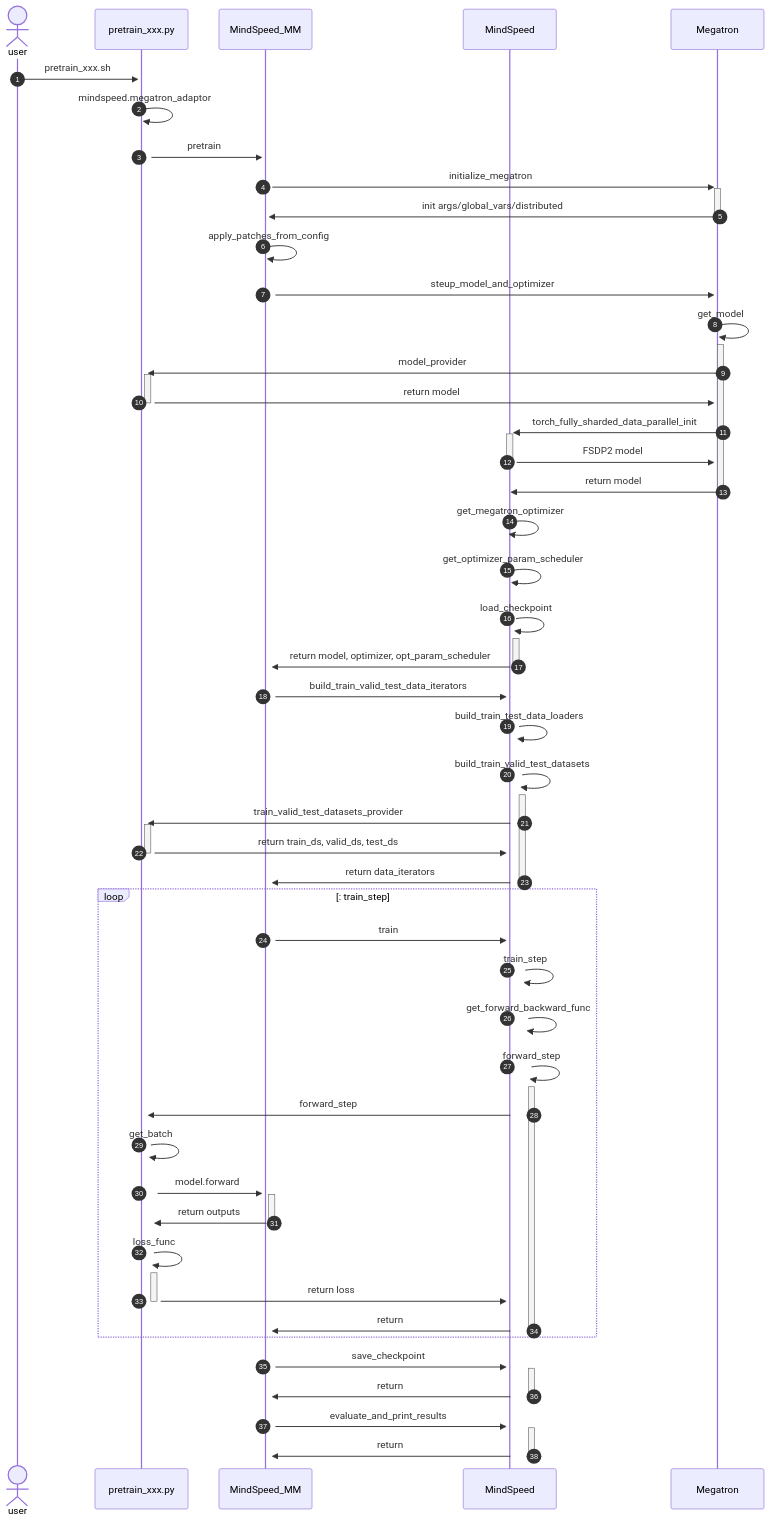
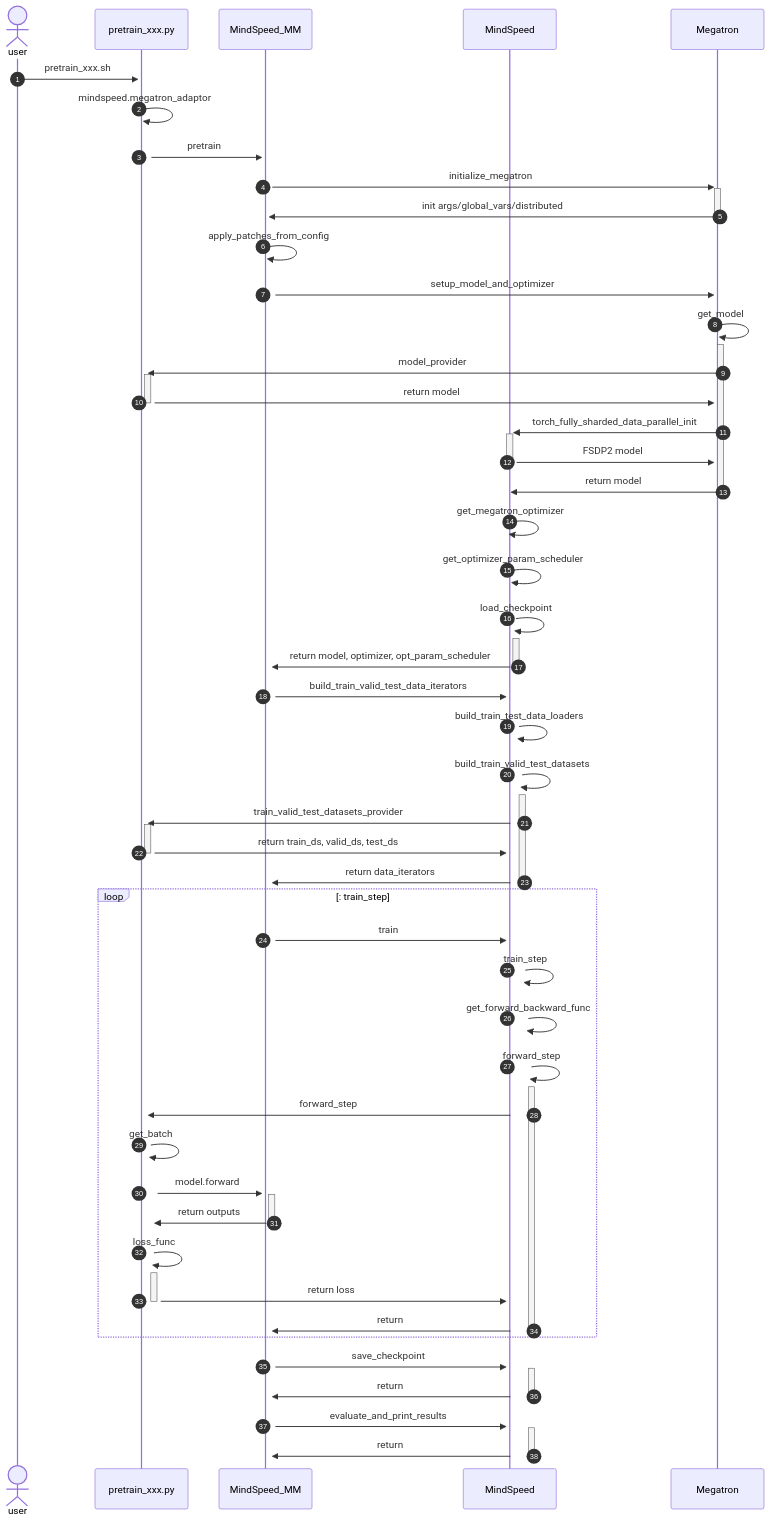
Before and after one commit to Ascend/MindSpeed-MM: the diagram in docs/zh/pytorch/introduction.md, drawn with Mermaid. The commit also changed 31 other files, not shown here.

````diff
--- a/docs/zh/pytorch/introduction.md
+++ b/docs/zh/pytorch/introduction.md
@@ -40,50 +40,50 @@
 ```mermaid
 sequenceDiagram
 actor user
 participant A as pretrain_xxx.py
 participant B as MindSpeed_MM
 participant C as MindSpeed
 participant D as Megatron
 
 autonumber
 user->>+A: pretrain_xxx.sh
 A->>+A: mindspeed.megatron_adaptor
 A->>+B: pretrain
 B->>+D: initialize_megatron
 D->>-B: init args/global_vars/distributed
 B->>+B: apply_patches_from_config
-B->>+D: steup_model_and_optimizer
+B->>+D: setup_model_and_optimizer
 D->>+D: get_model
 D->>+A: model_provider
 A->>-D: return model
 D->>+C: torch_fully_sharded_data_parallel_init
 C->>-D: FSDP2 model
 D->>-C: return model
 C->>+C: get_megatron_optimizer
 C->>+C: get_optimizer_param_scheduler
 C->>+C: load_checkpoint
 C->>-B: return model, optimizer, opt_param_scheduler
 B->>+C: build_train_valid_test_data_iterators
 C->>+C: build_train_test_data_loaders
 C->>+C: build_train_valid_test_datasets
 C->>+A: train_valid_test_datasets_provider
 A->>-C: return train_ds, valid_ds, test_ds
 C->>-B: return data_iterators
 loop: train_step
 B->>+C: train
 C->>+C: train_step
 C->>+C: get_forward_backward_func
 C->>+C: forward_step
 C->>+A: forward_step
 A->>+A: get_batch
 A->>+B: model.forward
 B->>-A: return outputs
 A->>+A: loss_func
 A->>-C: return loss
 C->>-B: return
 end
 B->>+C: save_checkpoint
 C->>-B:  return
 B->>+C: evaluate_and_print_results
 C->>-B: return
 ```
````
